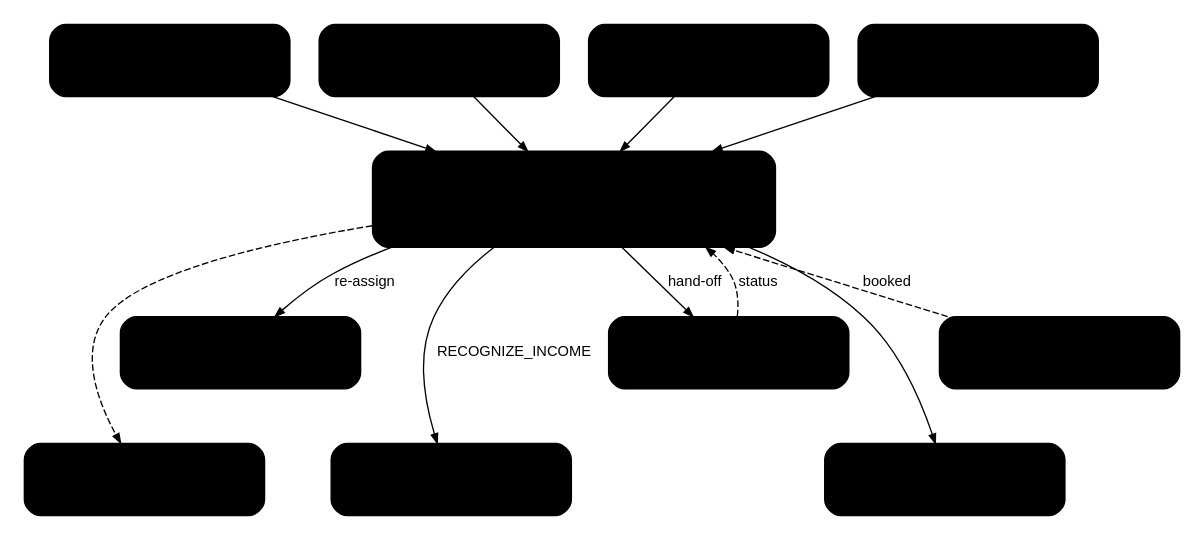
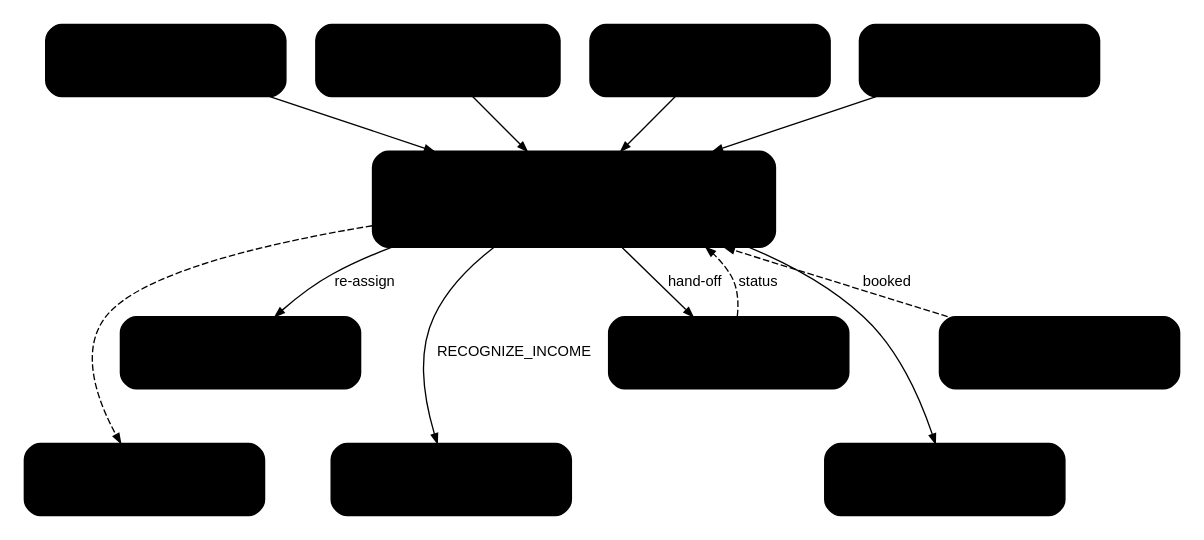
Before and after one commit to IortaTexhNXT-DEV/FinVerse: the diagram in docs/deliverables/src/BRD-12_Submitted_Policies/figures/brd12_integration.dot, drawn with Graphviz. The commit also changed 17 other files, not shown here.

```diff
--- a/docs/deliverables/src/BRD-12_Submitted_Policies/figures/brd12_integration.dot
+++ b/docs/deliverables/src/BRD-12_Submitted_Policies/figures/brd12_integration.dot
@@ -1,35 +1,35 @@
 // BRD-12: interfaces of Submitted Policies. FRS section 7. Sources on top, targets below. Dashed grey = parked seam.
 digraph sp_integration {
   graph [rankdir=TB, fontname="Arial", nodesep=0.3, ranksep=0.55, bgcolor="white", pad=0.15, newrank=true];
   node  [shape=box, style="rounded,filled", fillcolor="@WHITE", color="@HEADER_BLUE", penwidth=1.1,
          fontname="Arial", fontsize=13, fontcolor="@NEAR_BLACK", width=2.5, height=0.75];
   edge  [color="@MUTED", arrowsize=0.7, fontname="Arial", fontsize=11, fontcolor="@TEXT"];
 
   src    [label="Bank sources (upload)\nLFS, HLS, CIU, SPI,\nLoan Booking, IA masterlist"];
-  lamd   [label="LAMD loan snapshot\n(upload)"];
+  lamd   [label="Loan files LAMD, LMS, LAD\n(upload or pick-up)"];
   docs   [label="Policy documents\n(extraction; OCR on hold)"];
   legacy [label="Excel masterlists\n(migration)"];
 
   sbm  [label="Submitted Policies (BIBS)\nmasterlist, rules, IAAF, TOR,\nexpiry scan, handling fee", fillcolor="@HEADER_BLUE", fontcolor="@WHITE", width=4.2, height=1.0];
 
   rn    [label="Renewal (BRD-6)\nrenewal hand-off"];
   plc   [label="Placement (hold cover\nre-assignment)"];
   bkg   [label="Account, booking\n(BRD-1) events"];
   csh   [label="Cashiering / Collections\nunapplied payments"];
   mail  [label="E-mail, mail house (COG)\nprint batches", color="@MUTED"];
   rep   [label="Reports, alerts,\nnotifications"];
 
   { rank=same; src; lamd; docs; legacy; }
   { rank=same; rn; plc; bkg; }
   { rank=same; csh; mail; rep; }
   rn -> csh [style=invis]; plc -> mail [style=invis]; bkg -> rep [style=invis];
 
   src -> sbm; lamd -> sbm; docs -> sbm; legacy -> sbm;
   sbm -> rn [label=" hand-off"];
   rn -> sbm [label=" status", style=dashed, constraint=false];
   sbm -> plc [label=" re-assign"];
   bkg -> sbm [label=" booked", style=dashed];
   sbm -> csh [label=" RECOGNIZE_INCOME"];
   sbm -> mail [style=dashed];
   sbm -> rep;
 }
```
